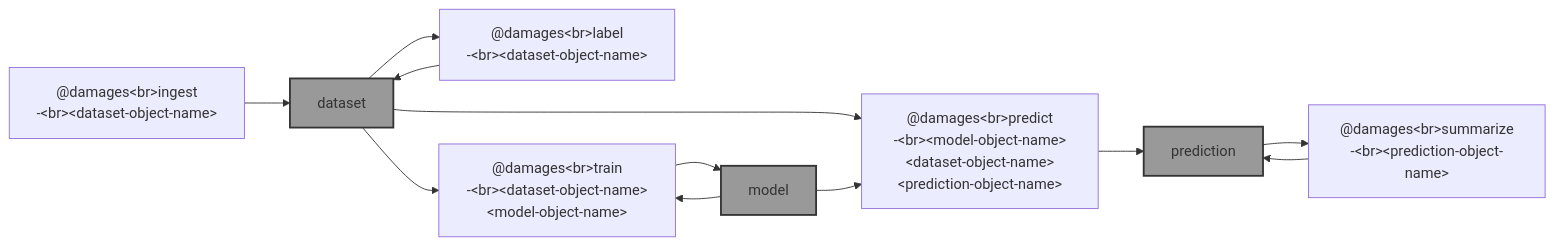
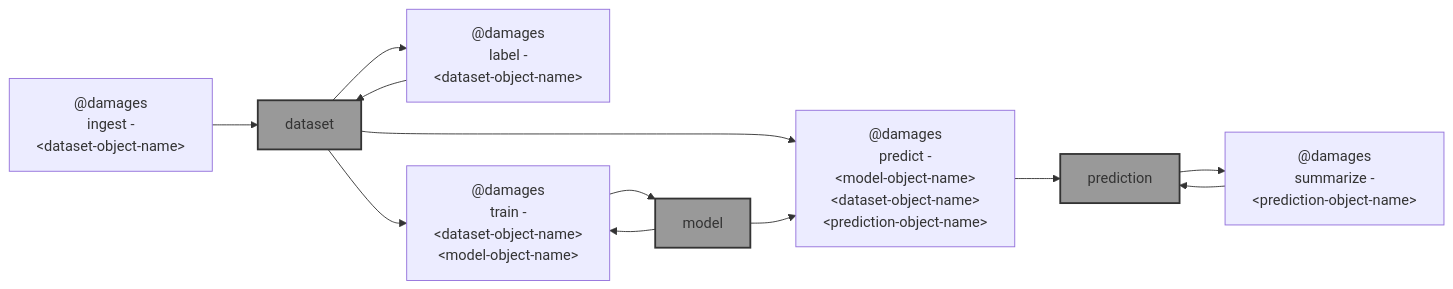
Before and after one commit to kamangir/blue-sandbox: the diagram in blue_sandbox/microsoft_building_damage_assessment/README.md, drawn with Mermaid. The commit also changed 5 other files, not shown here.

Commit message:
mermaid - kamangir/bolt#746

````diff
--- a/blue_sandbox/microsoft_building_damage_assessment/README.md
+++ b/blue_sandbox/microsoft_building_damage_assessment/README.md
@@ -5,30 +5,30 @@
 ```mermaid
 graph LR
-    ingest["@damages&lt;br&gt;ingest<br>-&lt;br&gt;&lt;dataset-object-name&gt;"]
-    label["@damages&lt;br&gt;label<br>-&lt;br&gt;&lt;dataset-object-name&gt;"]
-    train["@damages&lt;br&gt;train<br>-&lt;br&gt;&lt;dataset-object-name&gt;&lt;model-object-name&gt;"]
-    predict["@damages&lt;br&gt;predict<br>-&lt;br&gt;&lt;model-object-name&gt;&lt;dataset-object-name&gt;&lt;prediction-object-name&gt;"]
-    summarize["@damages&lt;br&gt;summarize<br>-&lt;br&gt;&lt;prediction-object-name&gt;"]
+    ingest["@damages<br>ingest -<br>&lt;dataset-object-name&gt;"]
+    label["@damages<br>label -<br>&lt;dataset-object-name&gt;"]
+    train["@damages<br>train -<br>&lt;dataset-object-name&gt;<br>&lt;model-object-name&gt;"]
+    predict["@damages<br>predict -<br>&lt;model-object-name&gt;<br>&lt;dataset-object-name&gt;<br>&lt;prediction-object-name&gt;"]
+    summarize["@damages<br>summarize -<br>&lt;prediction-object-name&gt;"]
 
     dataset["dataset"]:::folder
     model["model"]:::folder
     prediction["prediction"]:::folder
 
     ingest --> dataset
 
     dataset --> label
     label --> dataset
 
     dataset --> train
     model --> train
     train --> model
 
     dataset --> predict
     model --> predict
     predict --> prediction
 
     prediction --> summarize
     summarize --> prediction
 
     classDef folder fill:#999,stroke:#333,stroke-width:2px;
 ```
````
